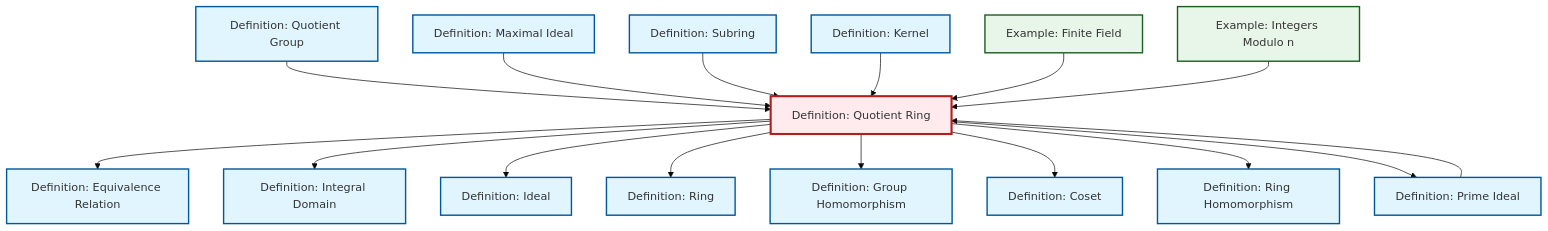
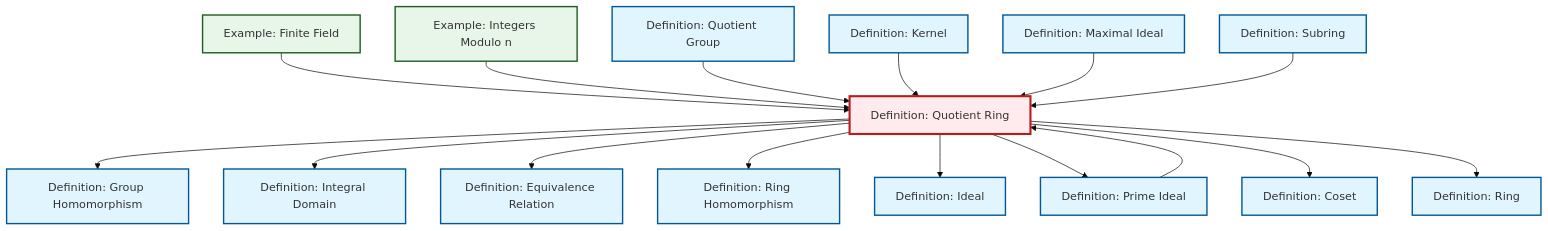
One commit to RK0429/ModernMath changed the diagram in content/en/algebra/def-quotient-ring.qmd. Above: the diagram before and after it, drawn with Mermaid (base theme). The commit also changed other lines of this file and 328 other files, not shown here.

````diff
--- a/content/en/algebra/def-quotient-ring.qmd
+++ b/content/en/algebra/def-quotient-ring.qmd
@@ -97,54 +97,54 @@
 ```{mermaid}
 %%| fig-cap: "Local dependency graph"
 graph TD
     classDef definition fill:#e1f5fe,stroke:#01579b,stroke-width:2px
     classDef theorem fill:#f3e5f5,stroke:#4a148c,stroke-width:2px
     classDef axiom fill:#fff3e0,stroke:#e65100,stroke-width:2px
     classDef example fill:#e8f5e9,stroke:#1b5e20,stroke-width:2px
     classDef current fill:#ffebee,stroke:#b71c1c,stroke-width:3px
+    ex-finite-field["Example: Finite Field"]:::example
+    def-coset["Definition: Coset"]:::definition
+    def-ideal["Definition: Ideal"]:::definition
+    def-integral-domain["Definition: Integral Domain"]:::definition
+    def-kernel["Definition: Kernel"]:::definition
+    def-ring["Definition: Ring"]:::definition
+    ex-quotient-integers-mod-n["Example: Integers Modulo n"]:::example
+    def-prime-ideal["Definition: Prime Ideal"]:::definition
+    def-quotient-ring["Definition: Quotient Ring"]:::definition
+    def-subring["Definition: Subring"]:::definition
+    def-homomorphism["Definition: Group Homomorphism"]:::definition
+    def-equivalence-relation["Definition: Equivalence Relation"]:::definition
+    def-maximal-ideal["Definition: Maximal Ideal"]:::definition
     def-quotient-group["Definition: Quotient Group"]:::definition
-    def-integral-domain["Definition: Integral Domain"]:::definition
-    def-maximal-ideal["Definition: Maximal Ideal"]:::definition
-    def-subring["Definition: Subring"]:::definition
     def-ring-homomorphism["Definition: Ring Homomorphism"]:::definition
-    ex-quotient-integers-mod-n["Example: Integers Modulo n"]:::example
-    def-equivalence-relation["Definition: Equivalence Relation"]:::definition
-    def-prime-ideal["Definition: Prime Ideal"]:::definition
-    def-homomorphism["Definition: Group Homomorphism"]:::definition
-    def-ideal["Definition: Ideal"]:::definition
-    def-ring["Definition: Ring"]:::definition
-    def-coset["Definition: Coset"]:::definition
-    def-quotient-ring["Definition: Quotient Ring"]:::definition
-    ex-finite-field["Example: Finite Field"]:::example
-    def-kernel["Definition: Kernel"]:::definition
+    ex-finite-field --> def-quotient-ring
+    def-prime-ideal --> def-quotient-ring
+    ex-quotient-integers-mod-n --> def-quotient-ring
+    def-quotient-group --> def-quotient-ring
+    def-kernel --> def-quotient-ring
+    def-quotient-ring --> def-homomorphism
+    def-quotient-ring --> def-integral-domain
+    def-maximal-ideal --> def-quotient-ring
+    def-subring --> def-quotient-ring
     def-quotient-ring --> def-equivalence-relation
-    def-quotient-ring --> def-integral-domain
+    def-quotient-ring --> def-ring-homomorphism
     def-quotient-ring --> def-ideal
+    def-quotient-ring --> def-prime-ideal
+    def-quotient-ring --> def-coset
     def-quotient-ring --> def-ring
-    def-quotient-group --> def-quotient-ring
-    def-quotient-ring --> def-homomorphism
-    def-maximal-ideal --> def-quotient-ring
-    def-prime-ideal --> def-quotient-ring
-    def-quotient-ring --> def-coset
-    def-subring --> def-quotient-ring
-    def-kernel --> def-quotient-ring
-    ex-finite-field --> def-quotient-ring
-    ex-quotient-integers-mod-n --> def-quotient-ring
-    def-quotient-ring --> def-ring-homomorphism
-    def-quotient-ring --> def-prime-ideal
     class def-quotient-ring current
+    click ex-finite-field "ex-finite-field.html" "Go to Finite Field example"
+    click def-coset "def-coset.html" "Go to Coset definition"
+    click def-ideal "def-ideal.html" "Go to Ideal definition"
+    click def-integral-domain "def-integral-domain.html" "Go to Integral Domain definition"
+    click def-kernel "def-kernel.html" "Go to Kernel definition"
+    click def-ring "def-ring.html" "Go to Ring definition"
+    click ex-quotient-integers-mod-n "ex-quotient-integers-mod-n.html" "Go to Integers Modulo n example"
+    click def-prime-ideal "def-prime-ideal.html" "Go to Prime Ideal definition"
+    click def-subring "def-subring.html" "Go to Subring definition"
+    click def-homomorphism "def-homomorphism.html" "Go to Group Homomorphism definition"
+    click def-equivalence-relation "def-equivalence-relation.html" "Go to Equivalence Relation definition"
+    click def-maximal-ideal "def-maximal-ideal.html" "Go to Maximal Ideal definition"
     click def-quotient-group "def-quotient-group.html" "Go to Quotient Group definition"
-    click def-integral-domain "def-integral-domain.html" "Go to Integral Domain definition"
-    click def-maximal-ideal "def-maximal-ideal.html" "Go to Maximal Ideal definition"
-    click def-subring "def-subring.html" "Go to Subring definition"
     click def-ring-homomorphism "def-ring-homomorphism.html" "Go to Ring Homomorphism definition"
-    click ex-quotient-integers-mod-n "ex-quotient-integers-mod-n.html" "Go to Integers Modulo n example"
-    click def-equivalence-relation "def-equivalence-relation.html" "Go to Equivalence Relation definition"
-    click def-prime-ideal "def-prime-ideal.html" "Go to Prime Ideal definition"
-    click def-homomorphism "def-homomorphism.html" "Go to Group Homomorphism definition"
-    click def-ideal "def-ideal.html" "Go to Ideal definition"
-    click def-ring "def-ring.html" "Go to Ring definition"
-    click def-coset "def-coset.html" "Go to Coset definition"
-    click ex-finite-field "ex-finite-field.html" "Go to Finite Field example"
-    click def-kernel "def-kernel.html" "Go to Kernel definition"
 ```
````
